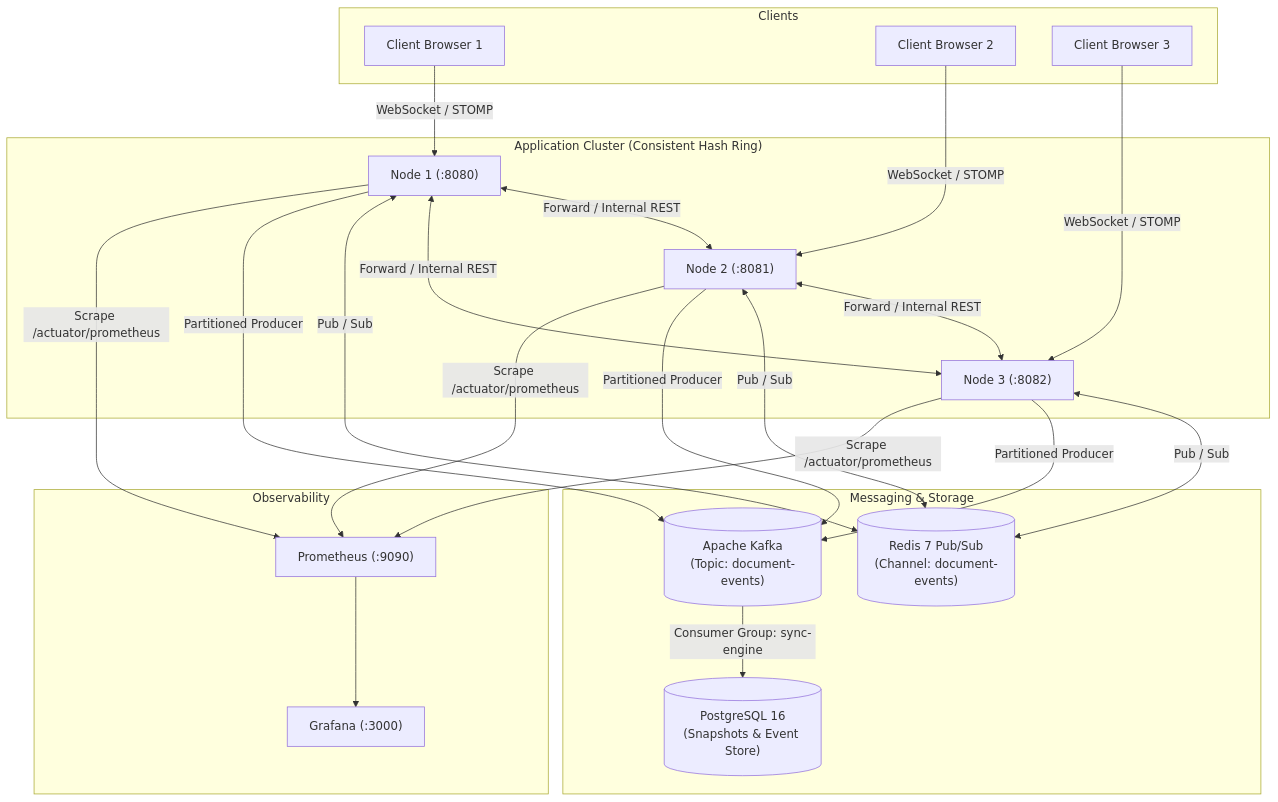
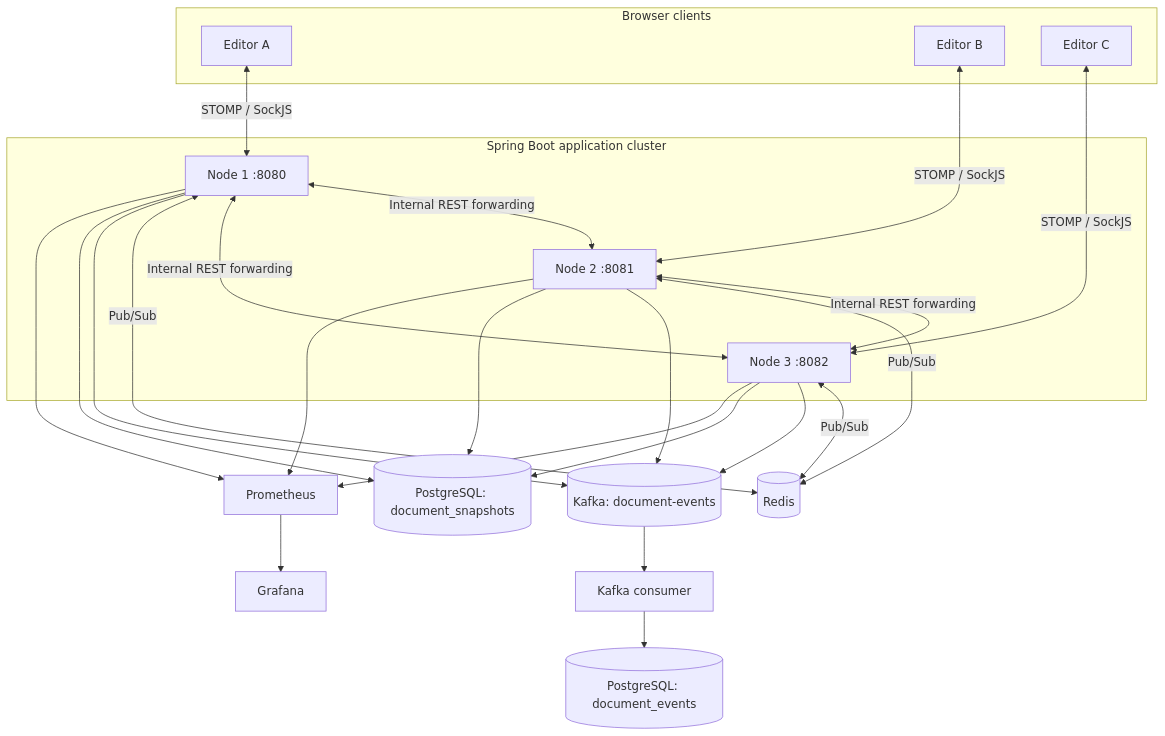
The first of 4 diagrams in Readme.md (RambhuSingh1819/Smart-Border-Surveillance-System-SBSS-), drawn with Mermaid before and after one commit. The commit also changed other lines of this file, not shown here.

Commit message:
Add comprehensive project documentation with diagrams

````diff
--- a/Readme.md
+++ b/Readme.md
@@ -50,49 +45,34 @@
 ```mermaid
-graph TD
-    subgraph Clients
-        C1[Client Browser 1]
-        C2[Client Browser 2]
-        C3[Client Browser 3]
+flowchart TB
+    subgraph Clients[Browser clients]
+        A[Editor A]
+        B[Editor B]
+        C[Editor C]
     end
-
-    subgraph "Application Cluster (Consistent Hash Ring)"
-        Node1["Node 1 (:8080)"]
-        Node2["Node 2 (:8081)"]
-        Node3["Node 3 (:8082)"]
+    subgraph Cluster[Spring Boot application cluster]
+        N1[Node 1 :8080]
+        N2[Node 2 :8081]
+        N3[Node 3 :8082]
     end
-
-    subgraph Messaging & Storage
-        Redis[("Redis 7 Pub/Sub<br/>(Channel: document-events)")]
-        Kafka[("Apache Kafka<br/>(Topic: document-events)")]
-        Postgres[("PostgreSQL 16<br/>(Snapshots & Event Store)")]
-    end
-
-    subgraph Observability
-        Prometheus["Prometheus (:9090)"]
-        Grafana["Grafana (:3000)"]
-    end
-
-    C1 -->|WebSocket / STOMP| Node1
-    C2 -->|WebSocket / STOMP| Node2
-    C3 -->|WebSocket / STOMP| Node3
-
-    Node1 <-->|Forward / Internal REST| Node2
-    Node2 <-->|Forward / Internal REST| Node3
-    Node1 <-->|Forward / Internal REST| Node3
-
-    Node1 <-->|Pub / Sub| Redis
-    Node2 <-->|Pub / Sub| Redis
-    Node3 <-->|Pub / Sub| Redis
-
-    Node1 -->|Partitioned Producer| Kafka
-    Node2 -->|Partitioned Producer| Kafka
-    Node3 -->|Partitioned Producer| Kafka
-
-    Kafka -->|Consumer Group: sync-engine| Postgres
-
-    Node1 -->|Scrape /actuator/prometheus| Prometheus
-    Node2 -->|Scrape /actuator/prometheus| Prometheus
-    Node3 -->|Scrape /actuator/prometheus| Prometheus
-
-    Prometheus --> Grafana
+    A <-->|STOMP / SockJS| N1
+    B <-->|STOMP / SockJS| N2
+    C <-->|STOMP / SockJS| N3
+    N1 <-->|Internal REST forwarding| N2
+    N2 <-->|Internal REST forwarding| N3
+    N1 <-->|Internal REST forwarding| N3
+    N1 <-->|Pub/Sub| R[(Redis)]
+    N2 <-->|Pub/Sub| R
+    N3 <-->|Pub/Sub| R
+    N1 --> K[(Kafka: document-events)]
+    N2 --> K
+    N3 --> K
+    K --> Consumer[Kafka consumer]
+    Consumer --> DB[(PostgreSQL: document_events)]
+    N1 --> Snap[(PostgreSQL: document_snapshots)]
+    N2 --> Snap
+    N3 --> Snap
+    N1 --> P[Prometheus]
+    N2 --> P
+    N3 --> P
+    P --> G[Grafana]
 ```
````
